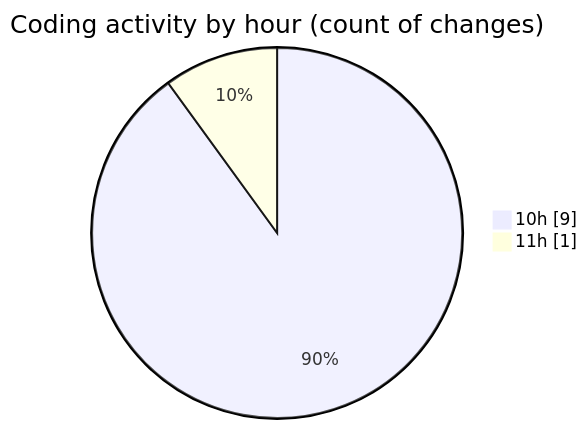
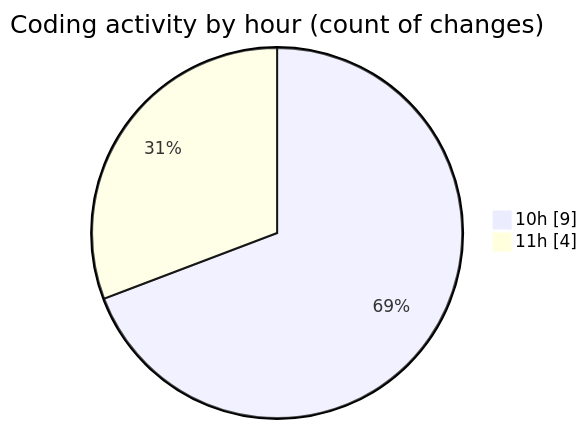
Before and after one commit to momahboobian/code-tracking: the second of 2 diagrams in 2026-10-14/cda/README.md, drawn with Mermaid. The commit also changed other lines of this file and 1 other file, not shown here.

````diff
--- a/2026-10-14/cda/README.md
+++ b/2026-10-14/cda/README.md
@@ -38,6 +41,6 @@
 ```mermaid
 pie showData
 title Coding activity by hour (count of changes)
 "10h" : 9
-"11h" : 1
+"11h" : 4
 ```
````
